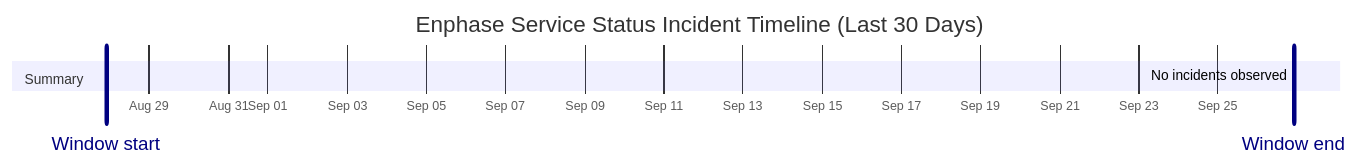
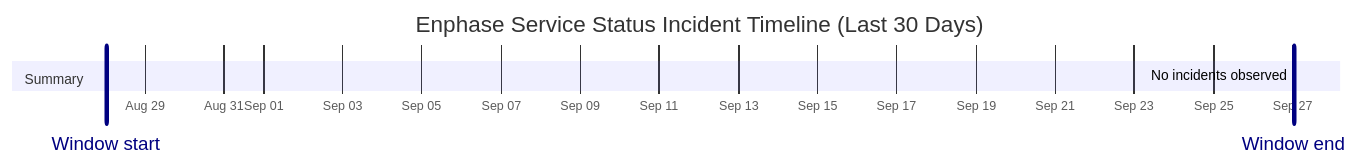
Before and after one commit to barneyonline/ha-enphase-energy: the diagram in wiki/Service-Status-History.md, drawn with Mermaid. The commit also changed other lines of this file and 3 other files, not shown here.

````diff
--- a/wiki/Service-Status-History.md
+++ b/wiki/Service-Status-History.md
@@ -14,10 +14,10 @@
 ```mermaid
 gantt
     title Enphase Service Status Incident Timeline (Last 30 Days)
     dateFormat  YYYY-MM-DDTHH:mm:ss
     axisFormat  %b %d
-    Window start :vert, window-start, 2026-08-27T22:04:01, 0ms
-    Window end :vert, window-end, 2026-09-26T22:04:01, 0ms
+    Window start :vert, window-start, 2026-08-28T00:45:40, 0ms
+    Window end :vert, window-end, 2026-09-27T00:45:40, 0ms
     section Summary
-    No incidents observed :done, 2026-09-26T22:04:01, 1m
+    No incidents observed :done, 2026-09-27T00:45:40, 1m
 ```
````
